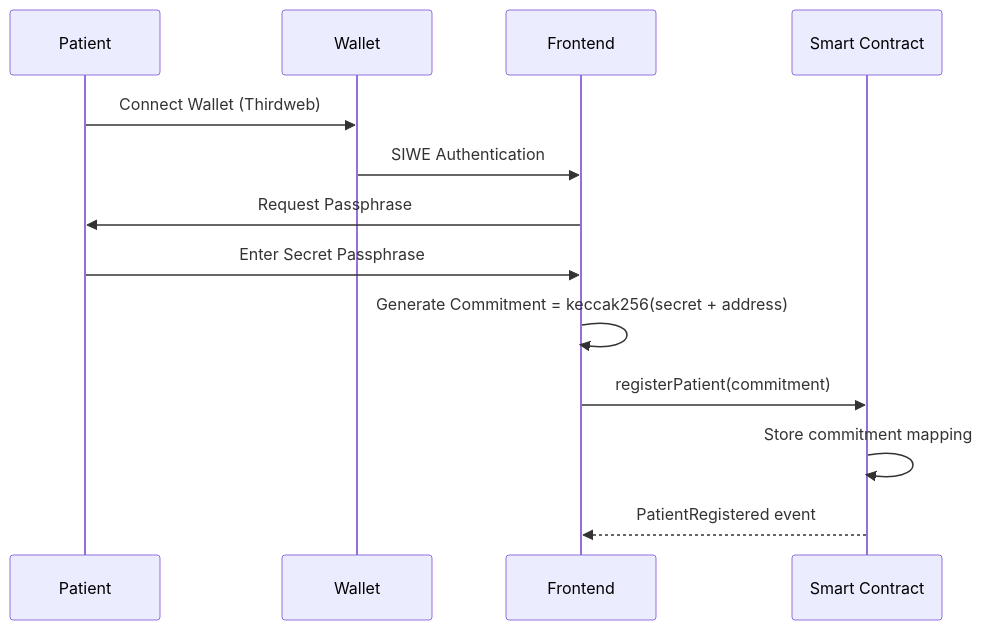
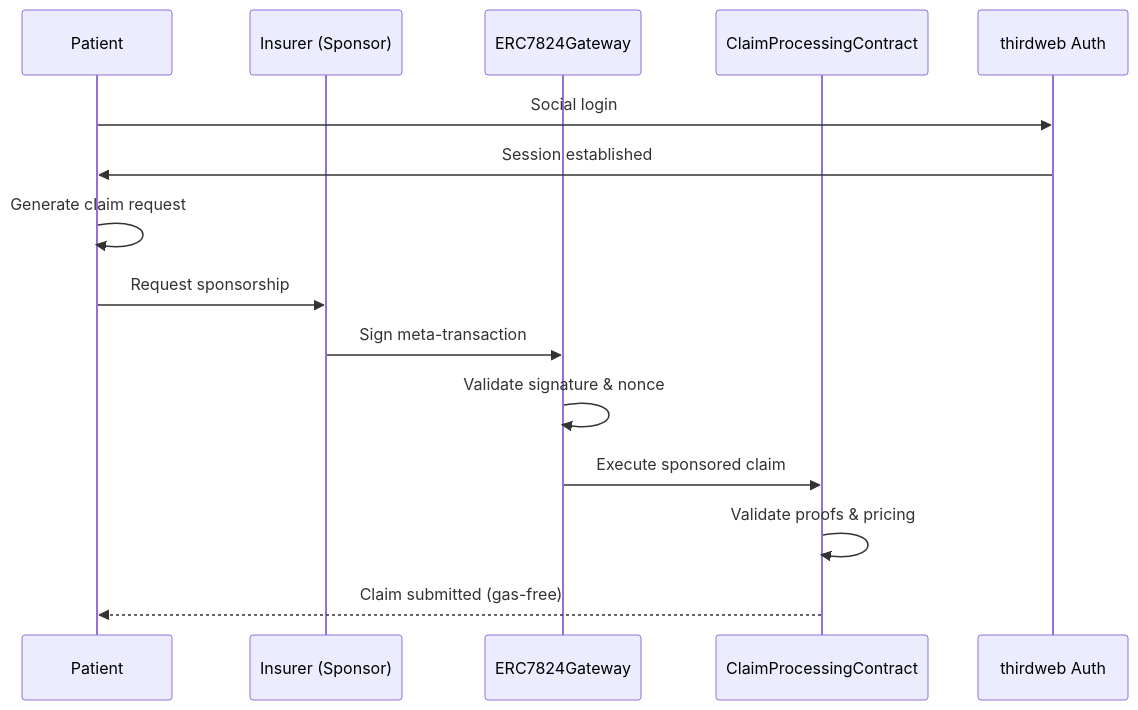
Before and after one commit to ppezzull/zkMed: the second of 3 diagrams in memory-bank/systemPatterns.md, drawn with Mermaid. The commit also changed other lines of this file and 12 other files, not shown here.

````diff
--- a/memory-bank/systemPatterns.md
+++ b/memory-bank/systemPatterns.md
@@ -167,16 +140,18 @@
 ```mermaid
 sequenceDiagram
     participant P as Patient
-    participant W as Wallet
-    participant F as Frontend
-    participant SC as Smart Contract
+    participant I as Insurer (Sponsor)
+    participant G as ERC7824Gateway
+    participant C as ClaimProcessingContract
+    participant T as thirdweb Auth
     
-    P->>W: Connect Wallet (Thirdweb)
-    W->>F: SIWE Authentication
-    F->>P: Request Passphrase
-    P->>F: Enter Secret Passphrase
-    F->>F: Generate Commitment = keccak256(secret + address)
-    F->>SC: registerPatient(commitment)
-    SC->>SC: Store commitment mapping
-    SC-->>F: PatientRegistered event
+    P->>T: Social login
+    T->>P: Session established
+    P->>P: Generate claim request
+    P->>I: Request sponsorship
+    I->>G: Sign meta-transaction
+    G->>G: Validate signature & nonce
+    G->>C: Execute sponsored claim
+    C->>C: Validate proofs & pricing
+    C-->>P: Claim submitted (gas-free)
 ```
````
